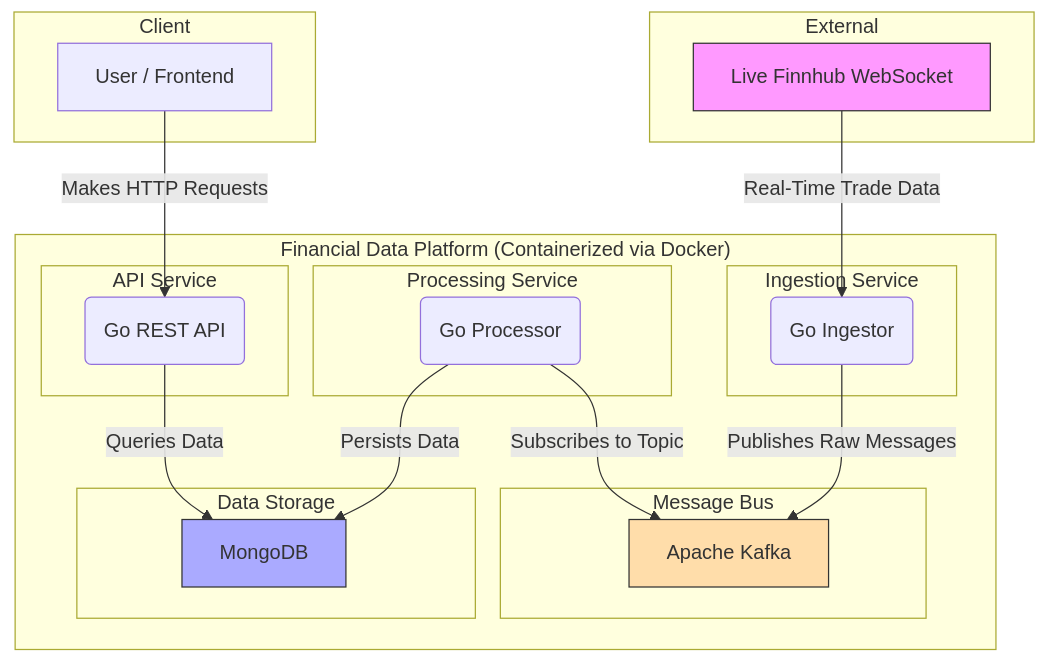
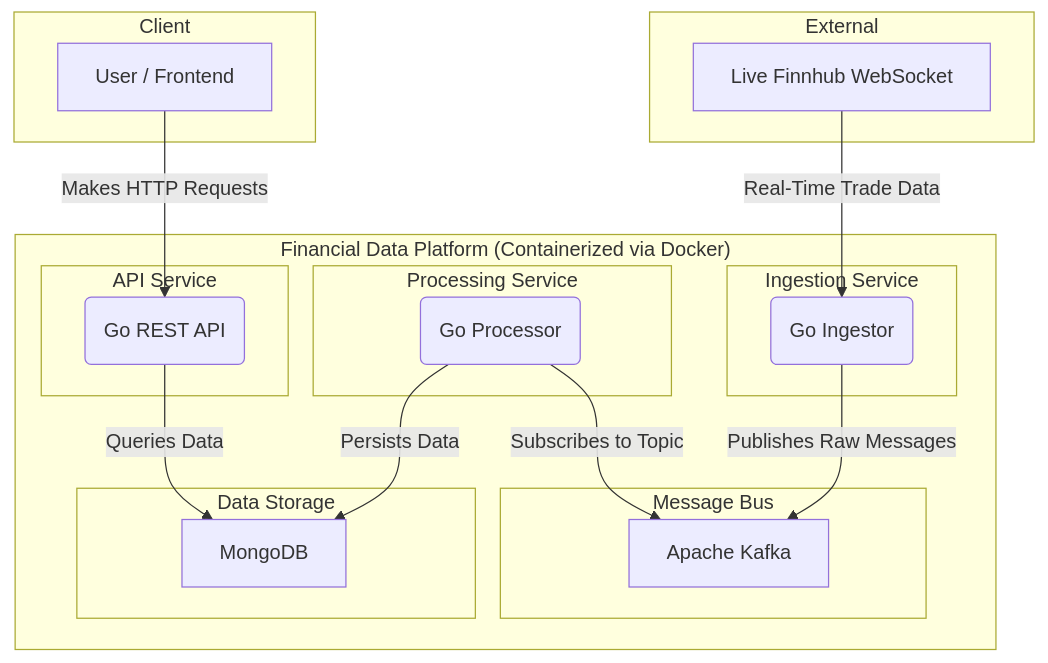
One commit to WillSyd2023/financial-data-backend-2 changed the diagram in README.md. Above: the diagram before and after it, drawn with Mermaid.

Commit message:
refactor: diagram colour

````diff
--- a/README.md
+++ b/README.md
@@ -11,39 +11,35 @@
 ```mermaid
 graph TD
     subgraph External
         A[Live Finnhub WebSocket]
     end
 
     subgraph "Financial Data Platform (Containerized via Docker)"
         subgraph "Ingestion Service"
             B(Go Ingestor)
         end
         subgraph "Message Bus"
             C[Apache Kafka]
         end
         subgraph "Processing Service"
             D(Go Processor)
         end
         subgraph "Data Storage"
             E[MongoDB]
         end
         subgraph "API Service"
             F(Go REST API)
         end
     end
 
     subgraph Client
         G[User / Frontend]
     end
 
     A -- Real-Time Trade Data --> B
     B -- Publishes Raw Messages --> C
     D -- Subscribes to Topic --> C
     D -- Persists Data --> E
     F -- Queries Data --> E
     G -- Makes HTTP Requests --> F
-
-    style A fill:#f9f,stroke:#333
-    style C fill:#fda,stroke:#333
-    style E fill:#aaf,stroke:#333
 ```
````
